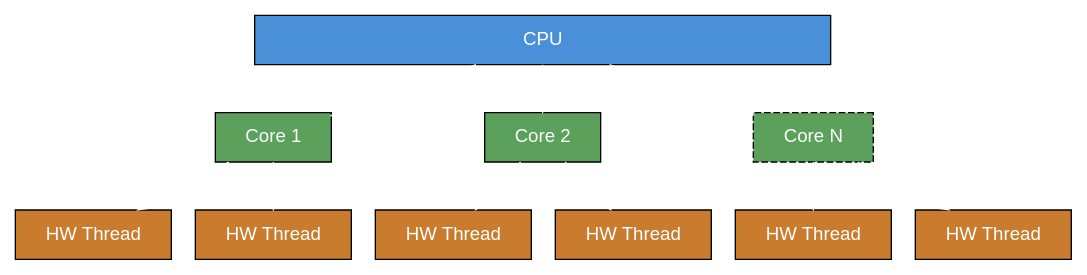
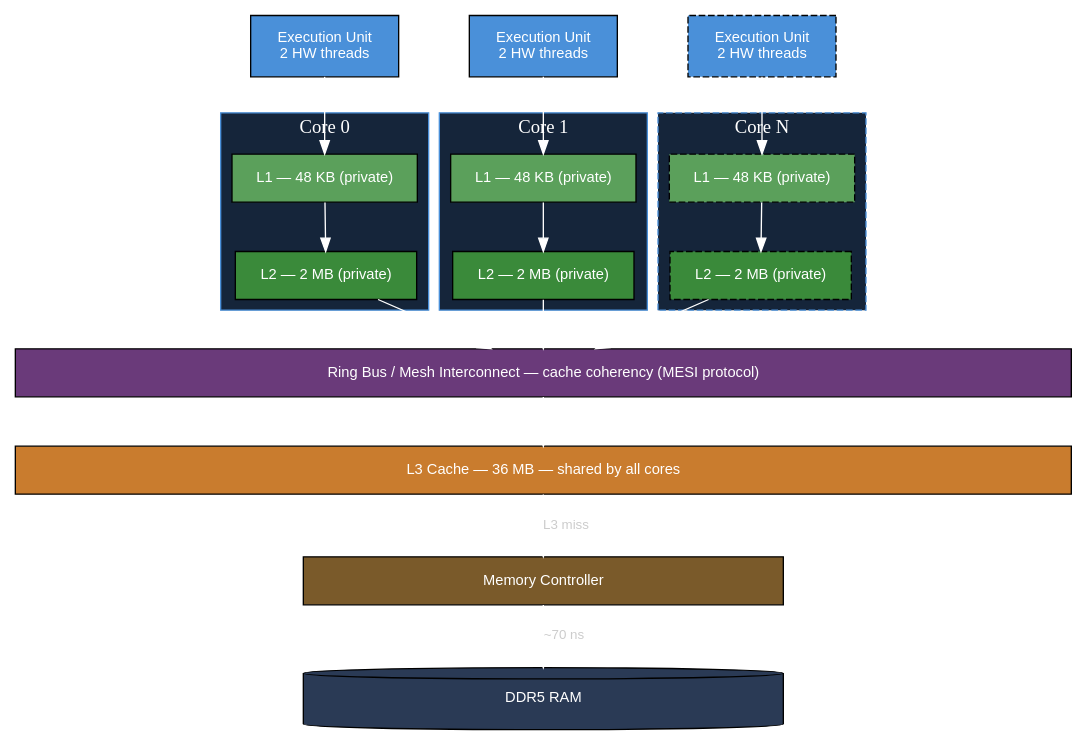
One commit to symentispl/java-concurrency-primer changed the first of 6 diagrams in slides/src/main/slides/index.adoc. Above: the diagram before and after it, drawn with Graphviz. The commit also changed other lines of this file, not shown here.

Commit message:
feat: replace simple CPU tree diagram with modern cache-hierarchy architecture
Shows cores with private L1/L2, shared L3, ring bus with MESI coherency,
memory controller and DDR5 RAM with latency label — sets up the visibility
problem discussed in the caches and data races slides

```diff
--- a/slides/src/main/slides/index.adoc
+++ b/slides/src/main/slides/index.adoc
@@ -77,31 +89,53 @@
 [graphviz]
 ----
 digraph cpu {
     rankdir=TB
-    node [shape=rect, style=filled, fontname="sans-serif", margin="0.3,0.15"]
-    edge [color=white]
+    node [shape=rect, style=filled, fontname="sans-serif", fontsize=11, margin="0.25,0.15"]
+    edge [color=white, fontname="sans-serif", fontsize=10, fontcolor="#cccccc"]
 
-    CPU [label="CPU", fillcolor="#4a90d9", fontcolor=white, width=6]
+    subgraph cluster_c0 {
+        label="Core 0"
+        style=filled; fillcolor="#15253a"; color="#4a90d9"; fontcolor=white
 
-    C1 [label="Core 1", fillcolor="#5ba05b", fontcolor=white]
-    C2 [label="Core 2", fillcolor="#5ba05b", fontcolor=white]
-    CN [label="Core N", fillcolor="#5ba05b", fontcolor=white, style="filled,dashed"]
+        EU0  [label="Execution Unit\n2 HW threads", fillcolor="#4a90d9", fontcolor=white]
+        L1_0 [label="L1 — 48 KB (private)", fillcolor="#5ba05b", fontcolor=white]
+        L2_0 [label="L2 — 2 MB (private)",  fillcolor="#3a8a3a", fontcolor=white]
+        EU0 -> L1_0 -> L2_0
+    }
 
-    T1a [label="HW Thread", fillcolor="#c97c2e", fontcolor=white]
-    T1b [label="HW Thread", fillcolor="#c97c2e", fontcolor=white]
-    T2a [label="HW Thread", fillcolor="#c97c2e", fontcolor=white]
-    T2b [label="HW Thread", fillcolor="#c97c2e", fontcolor=white]
-    Tna [label="HW Thread", fillcolor="#c97c2e", fontcolor=white]
-    Tnb [label="HW Thread", fillcolor="#c97c2e", fontcolor=white]
+    subgraph cluster_c1 {
+        label="Core 1"
+        style=filled; fillcolor="#15253a"; color="#4a90d9"; fontcolor=white
 
-    CPU -> C1
-    CPU -> C2
-    CPU -> CN
-    C1 -> T1a
-    C1 -> T1b
-    C2 -> T2a
-    C2 -> T2b
-    CN -> Tna
-    CN -> Tnb
+        EU1  [label="Execution Unit\n2 HW threads", fillcolor="#4a90d9", fontcolor=white]
+        L1_1 [label="L1 — 48 KB (private)", fillcolor="#5ba05b", fontcolor=white]
+        L2_1 [label="L2 — 2 MB (private)",  fillcolor="#3a8a3a", fontcolor=white]
+        EU1 -> L1_1 -> L2_1
+    }
+
+    subgraph cluster_cn {
+        label="Core N"
+        style="filled,dashed"; fillcolor="#15253a"; color="#4a90d9"; fontcolor=white
+
+        EUn  [label="Execution Unit\n2 HW threads", fillcolor="#4a90d9", fontcolor=white, style="filled,dashed"]
+        L1_n [label="L1 — 48 KB (private)", fillcolor="#5ba05b", fontcolor=white, style="filled,dashed"]
+        L2_n [label="L2 — 2 MB (private)",  fillcolor="#3a8a3a", fontcolor=white, style="filled,dashed"]
+        EUn -> L1_n -> L2_n
+    }
+
+    { rank=same; EU0; EU1; EUn }
+
+    BUS [label="Ring Bus / Mesh Interconnect — cache coherency (MESI protocol)", fillcolor="#6a3a7a", fontcolor=white, width=11]
+    L3  [label="L3 Cache — 36 MB — shared by all cores",                        fillcolor="#c97c2e", fontcolor=white, width=11]
+    MC  [label="Memory Controller", fillcolor="#7a5a2a", fontcolor=white, width=5]
+    RAM [label="DDR5 RAM",          fillcolor="#2a3a55", fontcolor=white, width=5, shape=cylinder]
+
+    L2_0 -> BUS
+    L2_1 -> BUS
+    L2_n -> BUS
+
+    BUS -> L3
+    L3  -> MC  [label="L3 miss"]
+    MC  -> RAM [label="~70 ns"]
 }
 ----
```
